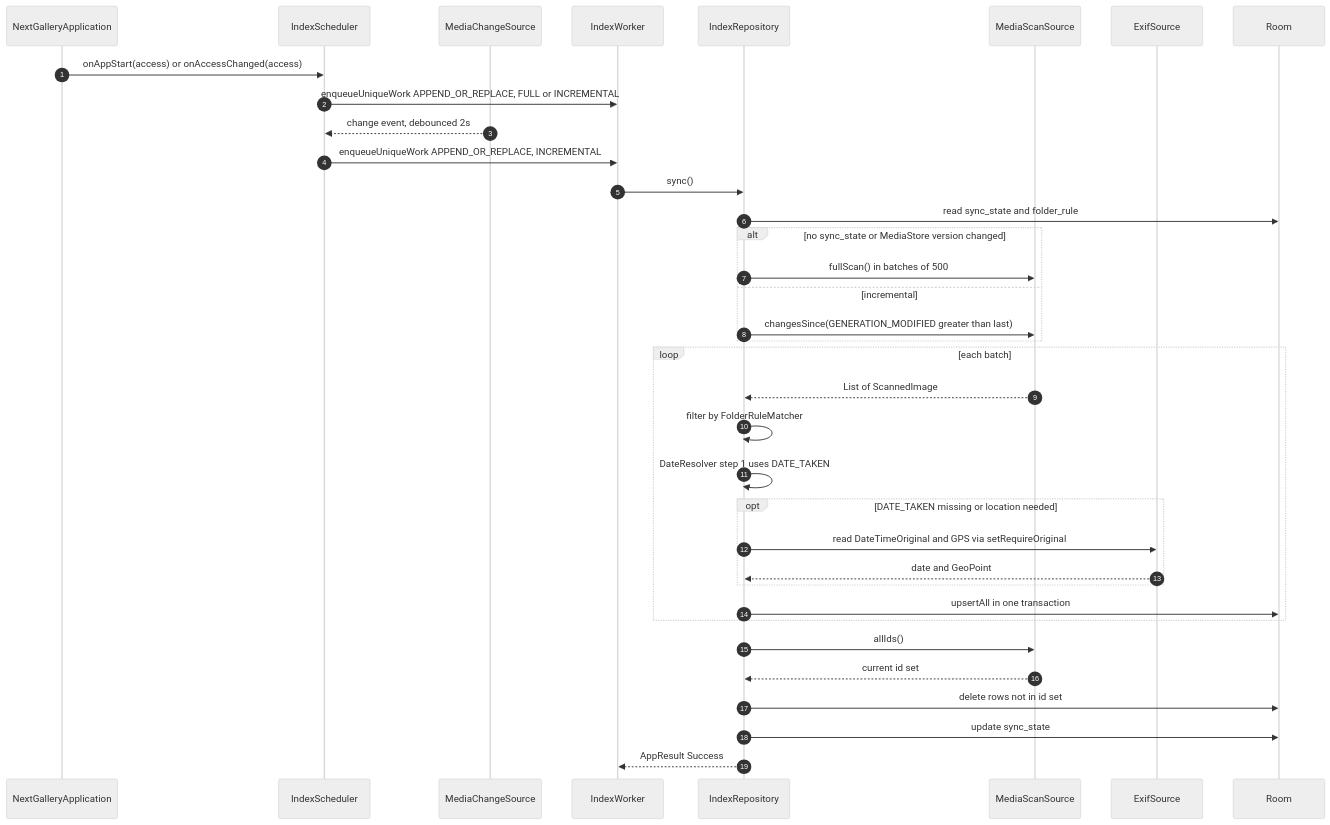
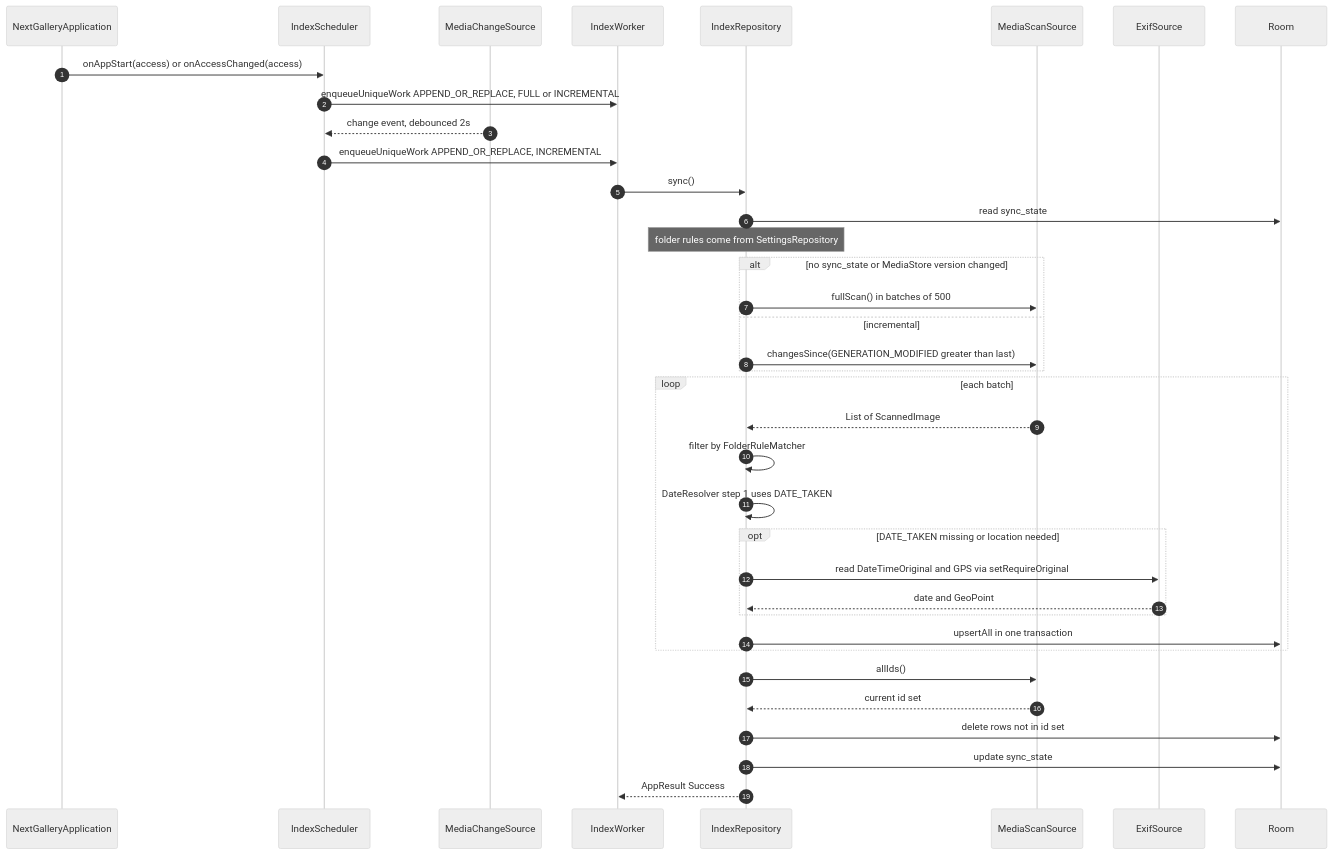
One commit to drehtuer/NextGalleryApp changed the fourth of 12 diagrams in docs/ARCHITECTURE.md. Above: the diagram before and after it, drawn with Mermaid (neutral theme). The commit also changed other lines of this file and 71 other files, not shown here.

First line of the commit message:
Add settings with folder rules, appearance and about

````diff
--- a/docs/ARCHITECTURE.md
+++ b/docs/ARCHITECTURE.md
@@ -456,39 +451,40 @@
 ```mermaid
 sequenceDiagram
     autonumber
     participant App as NextGalleryApplication
     participant Sched as IndexScheduler
     participant Obs as MediaChangeSource
     participant W as IndexWorker
     participant Idx as IndexRepository
     participant Scan as MediaScanSource
     participant Exif as ExifSource
     participant DB as Room
 
     App->>Sched: onAppStart(access) or onAccessChanged(access)
     Sched->>W: enqueueUniqueWork APPEND_OR_REPLACE, FULL or INCREMENTAL
     Obs-->>Sched: change event, debounced 2s
     Sched->>W: enqueueUniqueWork APPEND_OR_REPLACE, INCREMENTAL
     W->>Idx: sync()
-    Idx->>DB: read sync_state and folder_rule
+    Idx->>DB: read sync_state
+    Note over Idx: folder rules come from SettingsRepository
     alt no sync_state or MediaStore version changed
         Idx->>Scan: fullScan() in batches of 500
     else incremental
         Idx->>Scan: changesSince(GENERATION_MODIFIED greater than last)
     end
     loop each batch
         Scan-->>Idx: List of ScannedImage
         Idx->>Idx: filter by FolderRuleMatcher
         Idx->>Idx: DateResolver step 1 uses DATE_TAKEN
         opt DATE_TAKEN missing or location needed
             Idx->>Exif: read DateTimeOriginal and GPS via setRequireOriginal
             Exif-->>Idx: date and GeoPoint
         end
         Idx->>DB: upsertAll in one transaction
     end
     Idx->>Scan: allIds()
     Scan-->>Idx: current id set
     Idx->>DB: delete rows not in id set
     Idx->>DB: update sync_state
     Idx-->>W: AppResult Success
 ```
````
